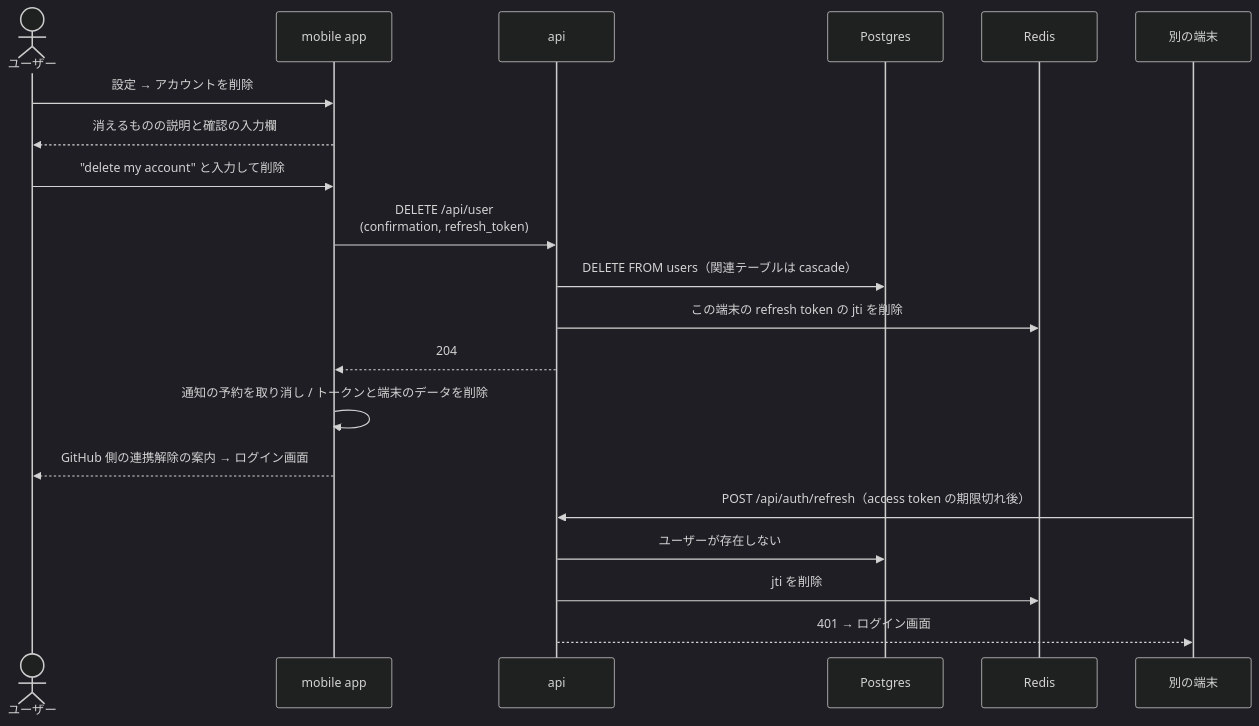
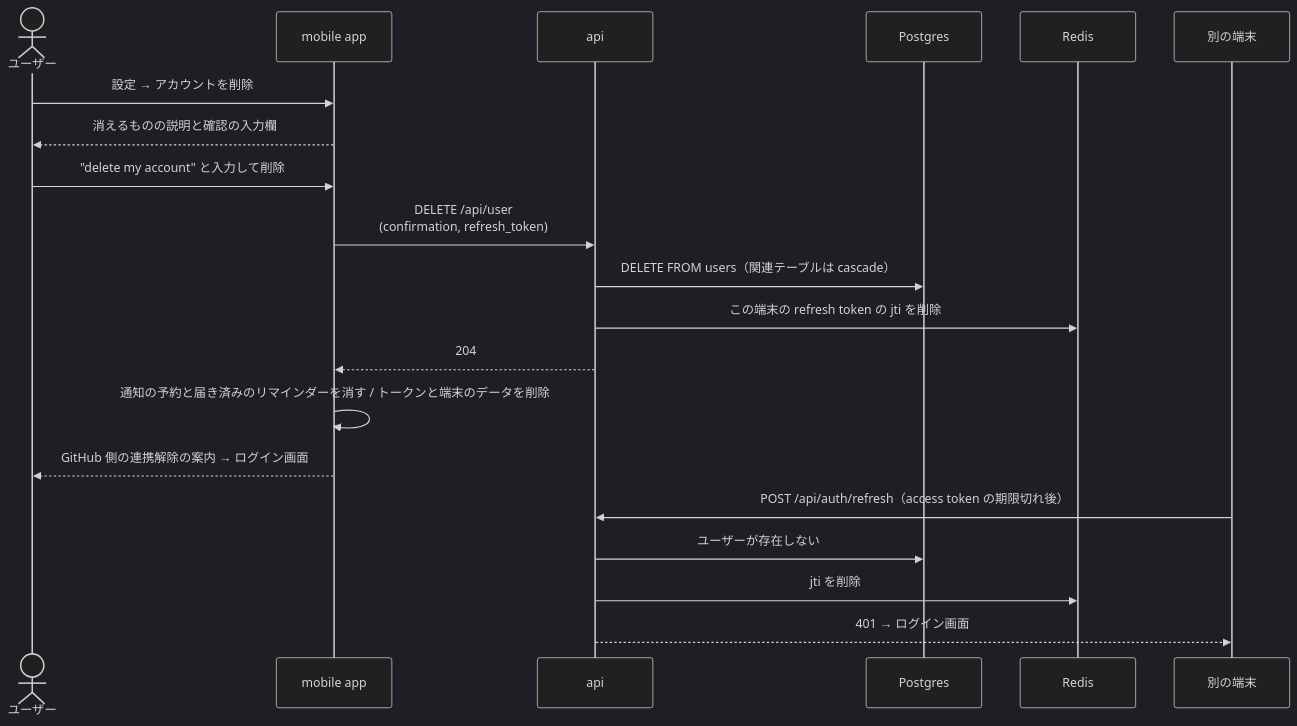
One commit to kentakki416/tech-english changed the third of 3 diagrams in docs/spec/github-auth/README.md. Above: the diagram before and after it, drawn with Mermaid (dark theme). The commit also changed other lines of this file and 8 other files, not shown here.

````diff
--- a/docs/spec/github-auth/README.md
+++ b/docs/spec/github-auth/README.md
@@ -408,23 +408,23 @@
 ```mermaid
 sequenceDiagram
     actor U as ユーザー
     participant App as mobile app
     participant Api as api
     participant DB as Postgres
     participant Redis as Redis
     participant Other as 別の端末
 
     U->>App: 設定 → アカウントを削除
     App-->>U: 消えるものの説明と確認の入力欄
     U->>App: "delete my account" と入力して削除
     App->>Api: DELETE /api/user<br/>(confirmation, refresh_token)
     Api->>DB: DELETE FROM users（関連テーブルは cascade）
     Api->>Redis: この端末の refresh token の jti を削除
     Api-->>App: 204
-    App->>App: 通知の予約を取り消し / トークンと端末のデータを削除
+    App->>App: 通知の予約と届き済みのリマインダーを消す / トークンと端末のデータを削除
     App-->>U: GitHub 側の連携解除の案内 → ログイン画面
     Other->>Api: POST /api/auth/refresh（access token の期限切れ後）
     Api->>DB: ユーザーが存在しない
     Api->>Redis: jti を削除
     Api-->>Other: 401 → ログイン画面
 ```
````
